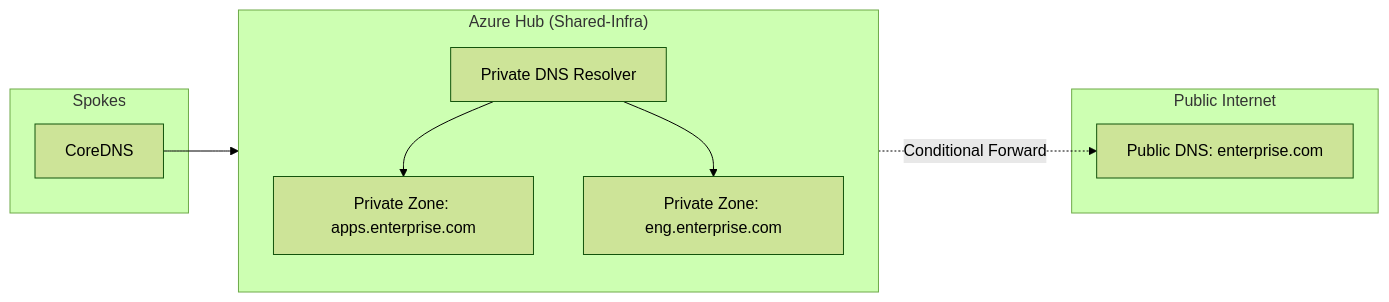
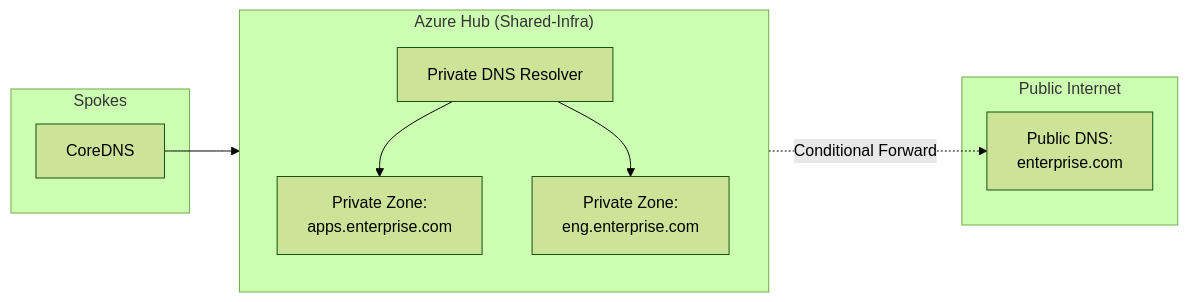
The second of 2 diagrams in docs/311-SHARED_INFRA_NETWORKING_HUB_SPOKE_BACKBONE.md (nubenetes/terraform-azure-devops-agentic), drawn with Mermaid (forest theme) before and after one commit. The commit also changed other lines of this file and 23 other files, not shown here.

Commit message:
docs: establish automated Mermaid validator and eliminate text clipping repo-wide

````diff
--- a/docs/311-SHARED_INFRA_NETWORKING_HUB_SPOKE_BACKBONE.md
+++ b/docs/311-SHARED_INFRA_NETWORKING_HUB_SPOKE_BACKBONE.md
@@ -108,19 +108,19 @@
 ```mermaid
 graph LR
     subgraph "Public Internet"
-        P_DNS[Public DNS: enterprise.com]
+        P_DNS[Public DNS:<br/>enterprise.com]
     end
     subgraph Azure_Hub ["Azure Hub (Shared-Infra)"]
         direction TB
-        ZONE_APPS[Private Zone: apps.enterprise.com]
-        ZONE_ENG[Private Zone: eng.enterprise.com]
+        ZONE_APPS[Private Zone:<br/>apps.enterprise.com]
+        ZONE_ENG[Private Zone:<br/>eng.enterprise.com]
         RESOLVER[Private DNS Resolver]
     end
     subgraph "Spokes"
         AKS_DNS[CoreDNS]
     end
     AKS_DNS --> RESOLVER
     RESOLVER --> ZONE_APPS
     RESOLVER --> ZONE_ENG
     ZONE_APPS -.->|Conditional Forward| P_DNS
 ```
````
